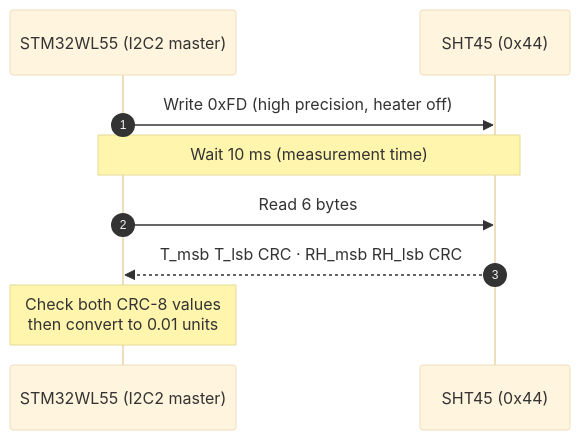
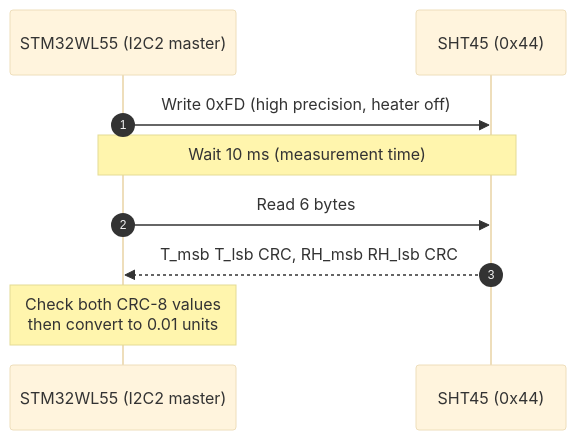
The second of 22 diagrams in docs/protocol-stack.md (clintecker/weather-station-2026), drawn with Mermaid (base theme) before and after one commit. The commit also changed other lines of this file and 25 other files, not shown here.

First line of the commit message:
Docs: Mermaid diagrams, no insider jargon, stale figures corrected

````diff
--- a/docs/protocol-stack.md
+++ b/docs/protocol-stack.md
@@ -117,11 +117,11 @@
 ```mermaid
 sequenceDiagram
   autonumber
   participant MCU as STM32WL55 (I2C2 master)
   participant SHT as SHT45 (0x44)
   MCU->>SHT: Write 0xFD (high precision, heater off)
   Note over MCU,SHT: Wait 10 ms (measurement time)
   MCU->>SHT: Read 6 bytes
-  SHT-->>MCU: T_msb T_lsb CRC · RH_msb RH_lsb CRC
+  SHT-->>MCU: T_msb T_lsb CRC, RH_msb RH_lsb CRC
   Note over MCU: Check both CRC-8 values<br/>then convert to 0.01 units
 ```
````
